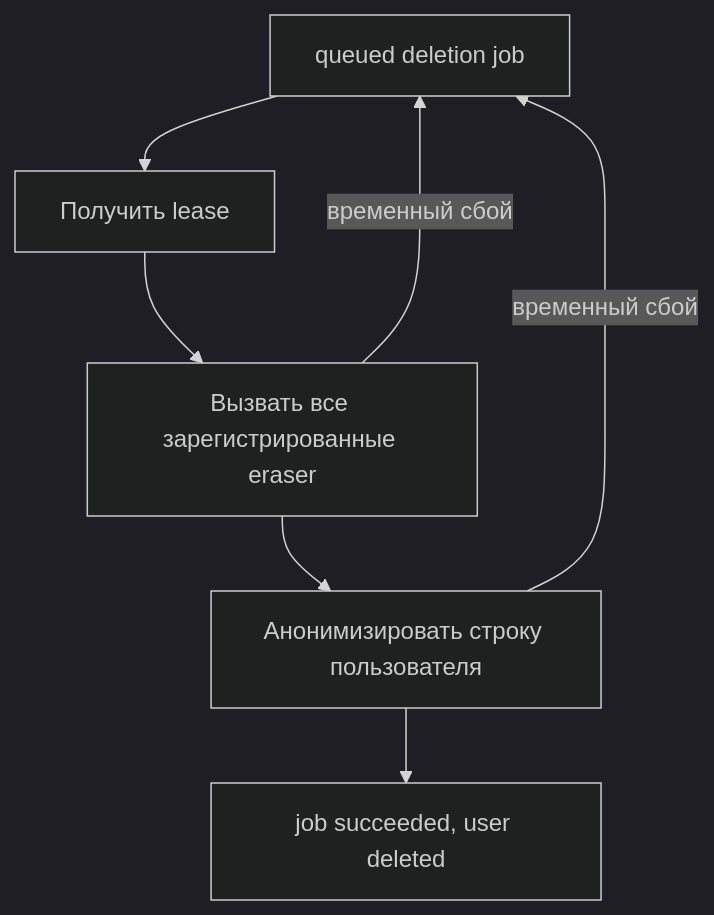
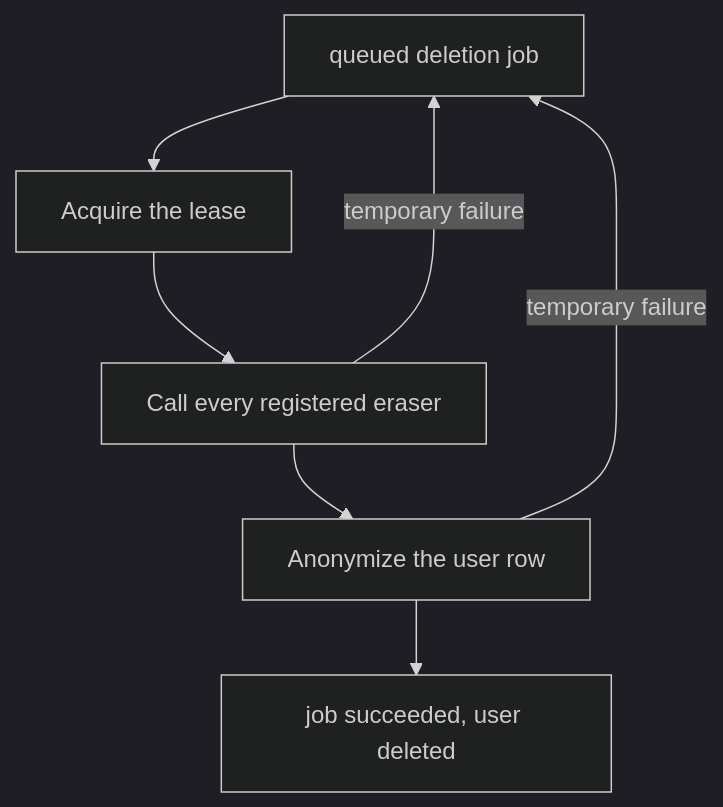
The fourth of 4 diagrams in courses-content/backend/A/1/en/3.1.6 Удаление пользователя.md (pavel-skripko-innowise/inno-fe-be-a1), drawn with Mermaid (dark theme) before and after one commit. The commit also changed other lines of this file and 35 other files, not shown here.

````diff
--- a/courses-content/backend/A/1/en/3.1.6 Удаление пользователя.md
+++ b/courses-content/backend/A/1/en/3.1.6 Удаление пользователя.md
@@ -83,9 +83,9 @@
 ```mermaid
 flowchart TD
-  Q[queued deletion job] --> L[Получить lease]
-  L --> E[Вызвать все зарегистрированные eraser]
-  E --> A[Анонимизировать строку пользователя]
-  A --> S[job succeeded, user deleted]
-  E -->|временный сбой| Q
-  A -->|временный сбой| Q
+  Q[queued deletion job] --> L[Acquire the lease]
+  L --> E[Call every registered eraser]
+  E --> A[Anonymize the user row]
+  A --> S["job succeeded, user deleted"]
+  E -->|temporary failure| Q
+  A -->|temporary failure| Q
 ```
````
